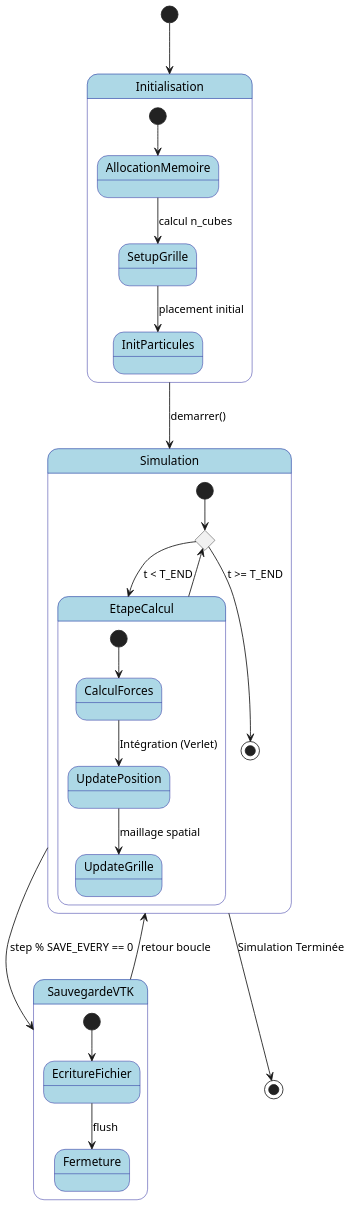
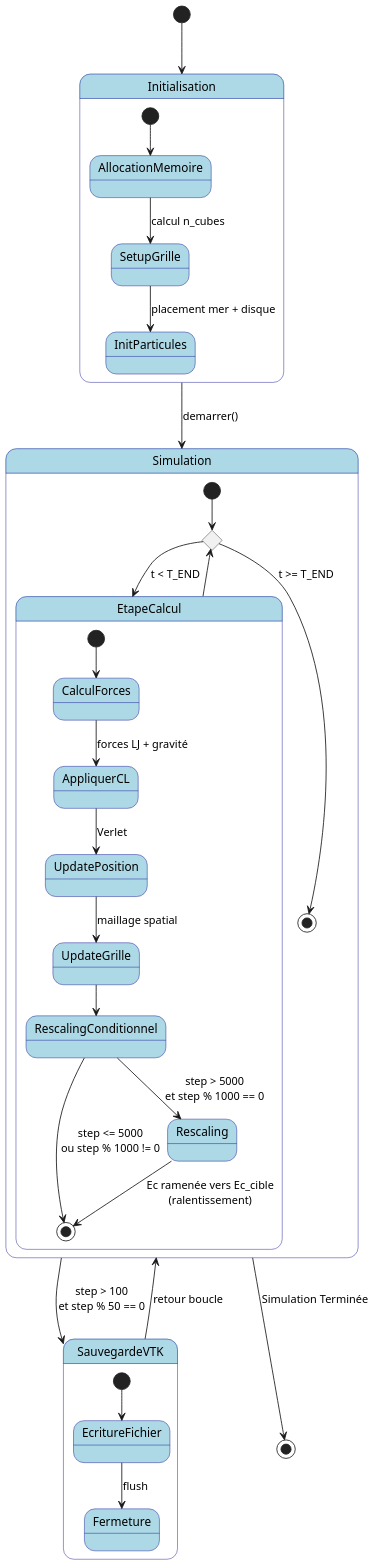
The diagram in TP6_MODIF/diagrammes/transitions.puml (malowx21/cpp_projet), drawn with PlantUML before and after one commit. The commit also changed 3 other files, not shown here.

Commit message:
Mise à jour des diagrammes avec les nouvelles fonctions ajoutées dans le tp6

```diff
--- a/TP6_MODIF/diagrammes/transitions.puml
+++ b/TP6_MODIF/diagrammes/transitions.puml
@@ -1,45 +1,39 @@
 @startuml
 scale 1.5
 skinparam state {
     BackgroundColor LightBlue
     BorderColor DarkBlue
     FontName Arial
 }
-
 [*] --> Initialisation
-
 state Initialisation {
     [*] --> AllocationMemoire
     AllocationMemoire --> SetupGrille : calcul n_cubes
-    SetupGrille --> InitParticules : placement initial
+    SetupGrille --> InitParticules : placement mer + disque
 }
-
 Initialisation --> Simulation : demarrer()
-
 state Simulation {
     state VerifierCondition <<choice>>
-    
     [*] --> VerifierCondition
-    
     state EtapeCalcul {
         [*] --> CalculForces
-        CalculForces --> UpdatePosition : Intégration (Verlet)
+        CalculForces --> AppliquerCL : forces LJ + gravité
+        AppliquerCL --> UpdatePosition : Verlet
         UpdatePosition --> UpdateGrille : maillage spatial
+        UpdateGrille --> RescalingConditionnel
+        RescalingConditionnel --> [*] : step <= 5000\nou step % 1000 != 0
+        RescalingConditionnel --> Rescaling : step > 5000\net step % 1000 == 0
+        Rescaling --> [*] : Ec ramenée vers Ec_cible\n(ralentissement)
     }
-    
     VerifierCondition --> EtapeCalcul : t < T_END
     EtapeCalcul --> VerifierCondition
     VerifierCondition --> [*] : t >= T_END
 }
-
 state SauvegardeVTK {
     [*] --> EcritureFichier
     EcritureFichier --> Fermeture : flush
 }
-
-Simulation --> SauvegardeVTK : step % SAVE_EVERY == 0
+Simulation --> SauvegardeVTK : step > 100\net step % 50 == 0
 SauvegardeVTK --> Simulation : retour boucle
-
 Simulation --> [*] : Simulation Terminée
-
 @enduml
```
